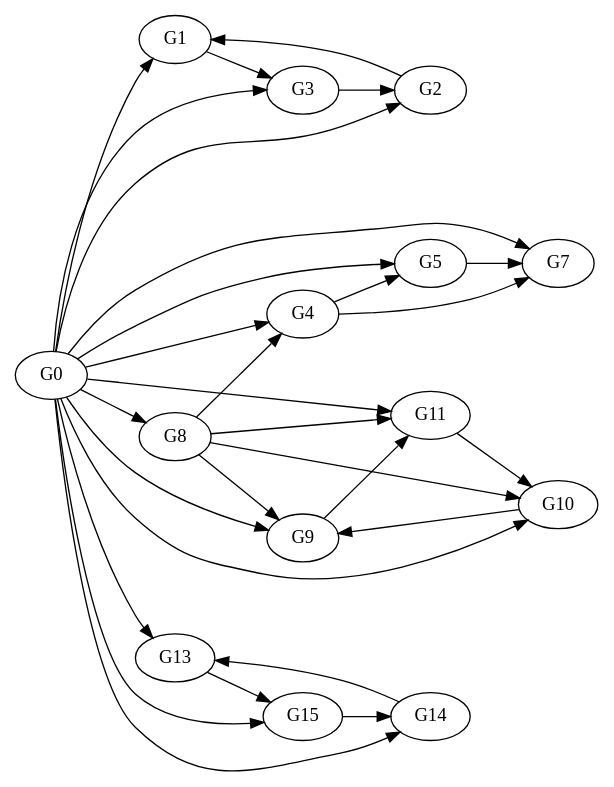
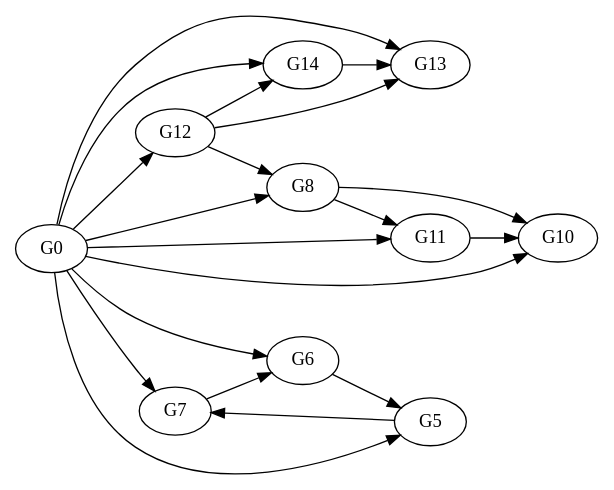
Before and after one commit to linn24/FYP: the diagram in GeneRegulatoryNetwork_Linn/Example_2.dot, drawn with Graphviz. The commit also changed 1 other file, not shown here.

```diff
--- a/GeneRegulatoryNetwork_Linn/Example_2.dot
+++ b/GeneRegulatoryNetwork_Linn/Example_2.dot
@@ -1,46 +1,32 @@
-digraph "Example" {
+digraph "Example_1" {
 	rankdir=LR;
-	"G0" [position="411,509"];
-	"G1" [position="565,278"];
-	"G2" [position="65,278"];
-	"G3" [position="315,27"];
-	"G4" [position="219,509"];
-	"G5" [position="546,373"];
+	"G14" [position="492,454"];
+	"G13" [position="219,509"];
+	"G12" [position="315,528"];
+	"G0" [position="546,373"];
+	"G11" [position="219,46"];
+	"G10" [position="315,27"];
+	"G8" [position="411,509"];
 	"G7" [position="492,101"];
-	"G8" [position="411,46"];
-	"G9" [position="219,46"];
-	"G10" [position="315,528"];
-	"G11" [position="84,373"];
-	"G13" [position="546,182"];
-	"G14" [position="492,454"];
-	"G15" [position="138,454"];
-	"G0" -> "G1";
-	"G0" -> "G2";
-	"G0" -> "G3";
-	"G1" -> "G3";
-	"G2" -> "G1";
-	"G3" -> "G2";
-	"G4" -> "G5";
-	"G4" -> "G7";
+	"G6" [position="546,182"];
+	"G5" [position="65,278"];
+	"G11" -> "G10";
+	"G12" -> "G13";
+	"G12" -> "G8";
+	"G12" -> "G14";
+	"G14" -> "G13";
+	"G0" -> "G10";
+	"G0" -> "G11";
+	"G0" -> "G12";
+	"G0" -> "G13";
 	"G5" -> "G7";
-	"G8" -> "G9";
-	"G8" -> "G10";
-	"G8" -> "G11";
-	"G9" -> "G11";
-	"G10" -> "G9";
-	"G11" -> "G10";
-	"G13" -> "G15";
-	"G14" -> "G13";
-	"G15" -> "G14";
-	"G0" -> "G4";
-	"G0" -> "G5";
 	"G0" -> "G7";
 	"G0" -> "G8";
-	"G0" -> "G9";
-	"G0" -> "G10";
-	"G0" -> "G11";
-	"G0" -> "G13";
+	"G6" -> "G5";
+	"G8" -> "G11";
+	"G7" -> "G6";
+	"G8" -> "G10";
+	"G0" -> "G5";
+	"G0" -> "G6";
 	"G0" -> "G14";
-	"G0" -> "G15";
-	"G8" -> "G4";
 }
```
